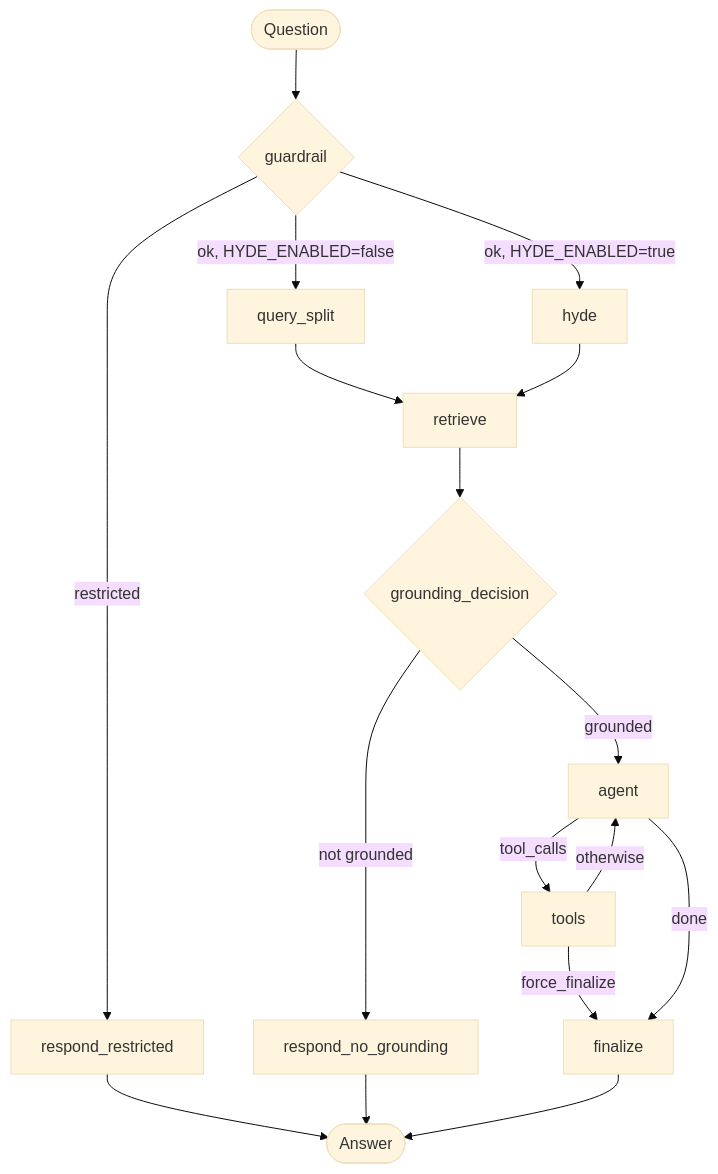
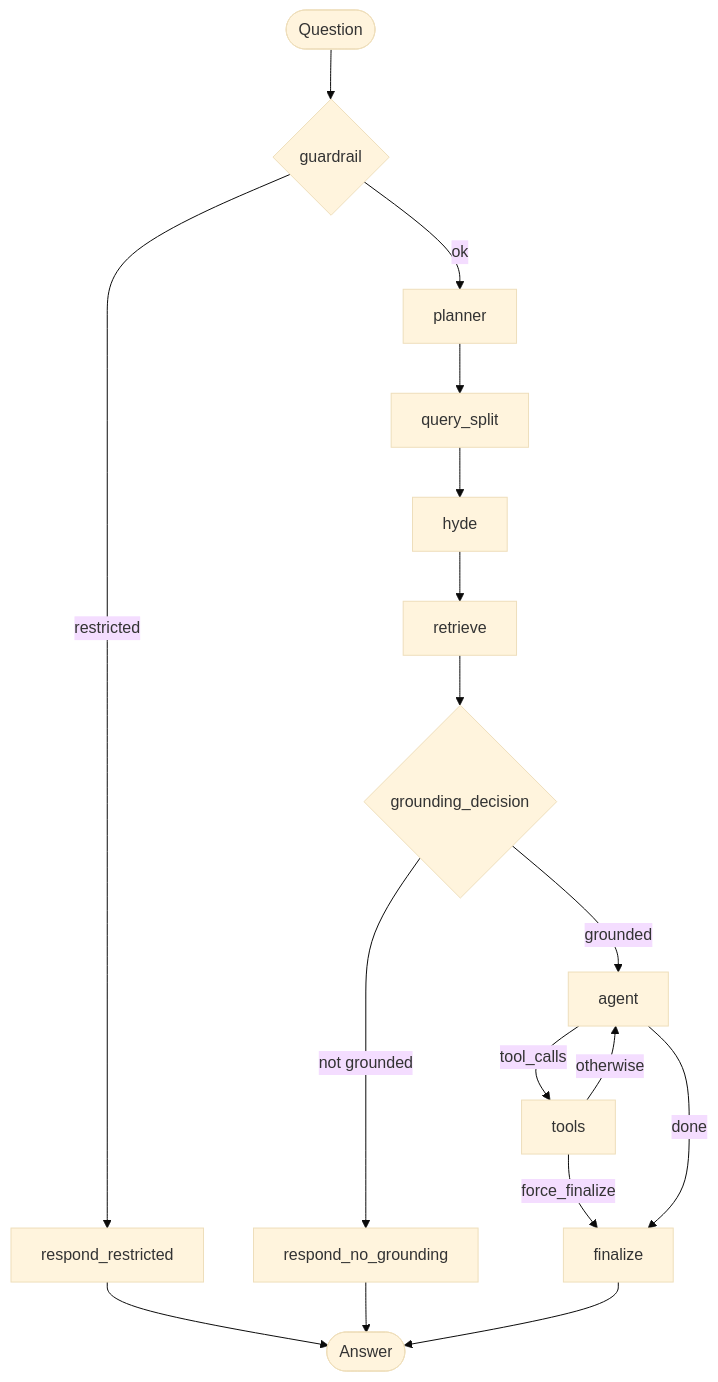
One commit to dDxCg/BotTuyenSinh changed the second of 2 diagrams in README.md. Above: the diagram before and after it, drawn with Mermaid (base theme). The commit also changed other lines of this file and 11 other files, not shown here.

Commit message:
planner + HyDE + query decomposition

````diff
--- a/README.md
+++ b/README.md
@@ -23,19 +23,19 @@
 ```mermaid
 flowchart TD
     Start([Question]) --> Guardrail{guardrail}
     Guardrail -->|restricted| RespondRestricted[respond_restricted]
-    Guardrail -->|ok, HYDE_ENABLED=false| QuerySplit[query_split]
-    Guardrail -->|ok, HYDE_ENABLED=true| Hyde[hyde]
-    QuerySplit --> Retrieve[retrieve]
-    Hyde --> Retrieve
+    Guardrail -->|ok| Planner[planner]
+    Planner --> QuerySplit[query_split]
+    QuerySplit --> Hyde[hyde]
+    Hyde --> Retrieve[retrieve]
     Retrieve --> Grounding{grounding_decision}
     Grounding -->|not grounded| RespondNoGrounding[respond_no_grounding]
     Grounding -->|grounded| Agent[agent]
     Agent -->|tool_calls| Tools[tools]
     Tools -->|force_finalize| Finalize
     Tools -->|otherwise| Agent
     Agent -->|done| Finalize[finalize]
     RespondRestricted --> End([Answer])
     RespondNoGrounding --> End
     Finalize --> End
 ```
````
